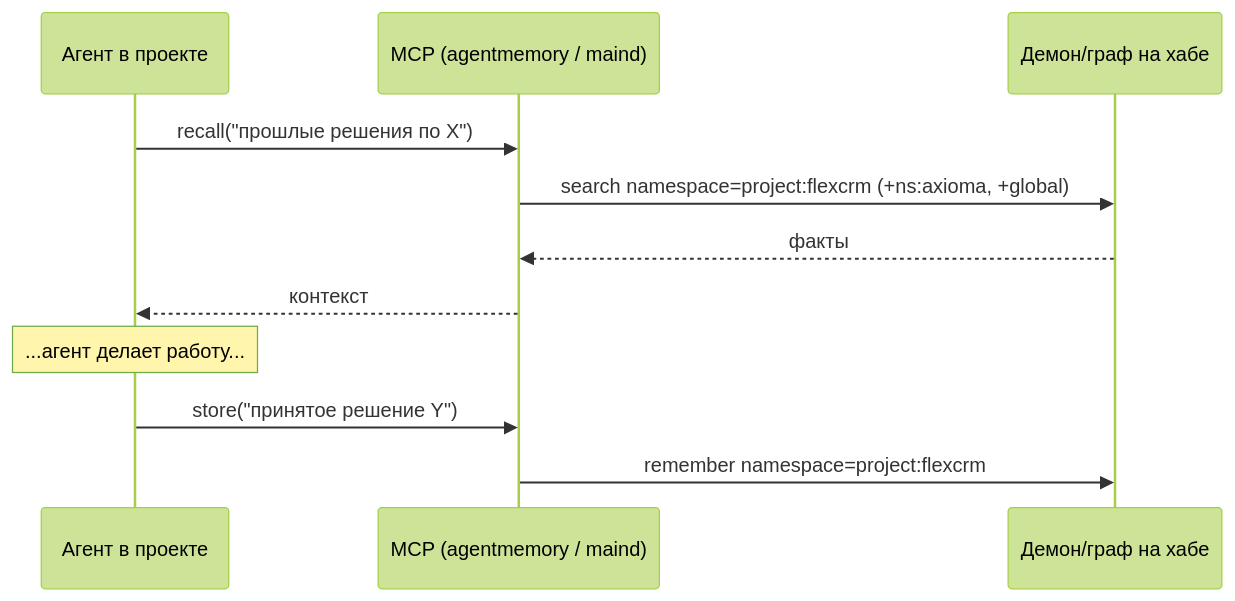
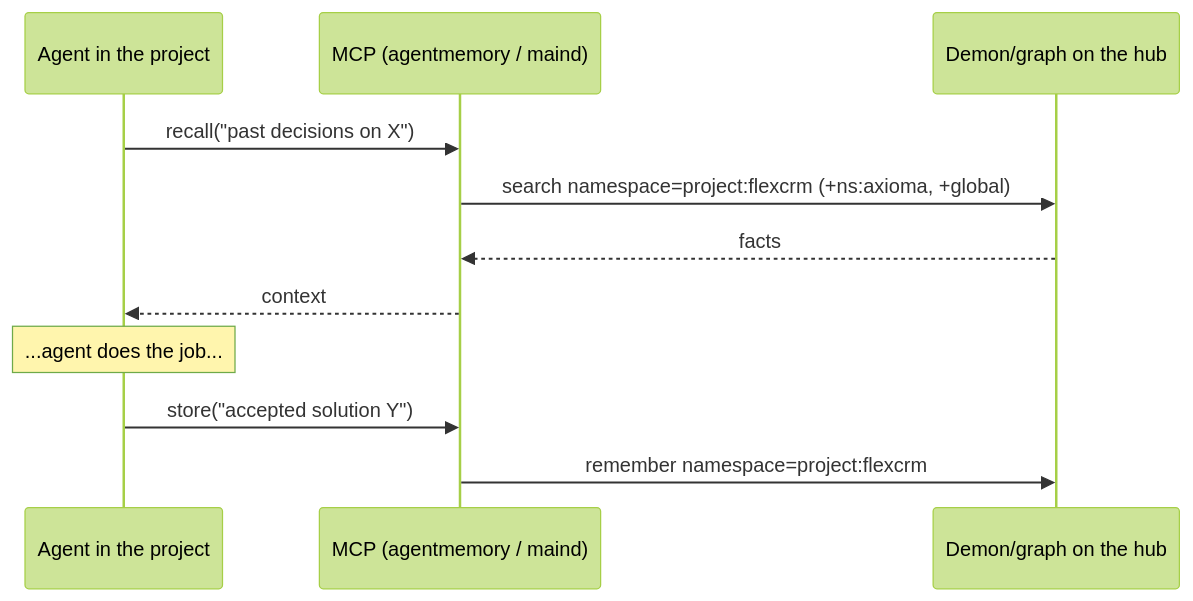
Before and after one commit to academici/swissknifeman: the second of 4 diagrams in packages/maind/docs/guide/how-it-works.md, drawn with Mermaid (forest theme). The commit also changed other lines of this file and 1553 other files, not shown here.

````diff
--- a/packages/maind/docs/guide/how-it-works.md
+++ b/packages/maind/docs/guide/how-it-works.md
@@ -64,13 +64,13 @@
 ```mermaid
 sequenceDiagram
-  participant A as Агент в проекте
+  participant A as Agent in the project
   participant M as MCP (agentmemory / maind)
-  participant D as Демон/граф на хабе
-  A->>M: recall("прошлые решения по X")
+  participant D as Demon/graph on the hub
+  A->>M: recall("past decisions on X")
   M->>D: search namespace=project:flexcrm (+ns:axioma, +global)
-  D-->>M: факты
-  M-->>A: контекст
-  Note over A: ...агент делает работу...
-  A->>M: store("принятое решение Y")
+  D-->>M: facts
+  M-->>A: context
+  Note over A: ...agent does the job...
+  A->>M: store("accepted solution Y")
   M->>D: remember namespace=project:flexcrm
 ```
````
